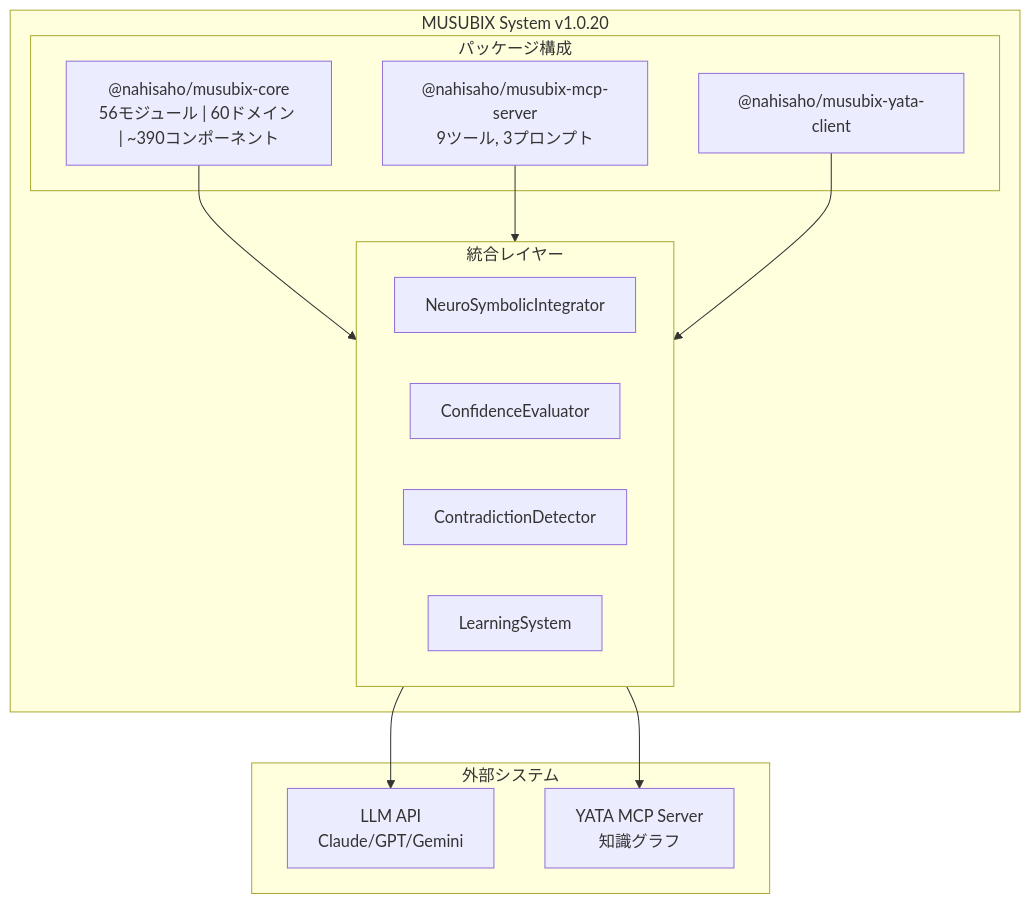
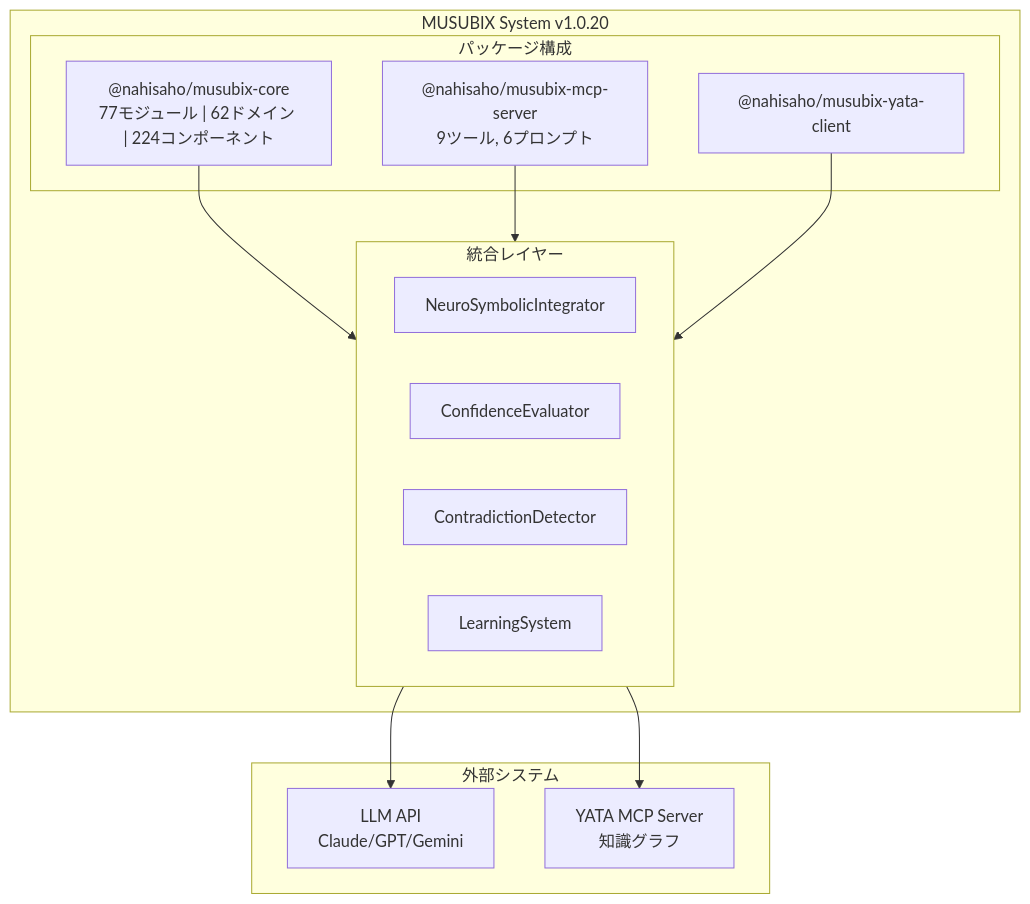
The ninth of 21 diagrams in docs/evolution-from-musubi-to-musubix.md (Takashi-So/MUSUBIX), drawn with Mermaid before and after one commit. The commit also changed other lines of this file and 6 other files, not shown here.

````diff
--- a/docs/evolution-from-musubi-to-musubix.md
+++ b/docs/evolution-from-musubi-to-musubix.md
@@ -278,29 +334,29 @@
 ```mermaid
 flowchart TB
     subgraph MUSUBIX["MUSUBIX System v1.0.20"]
         subgraph Packages["パッケージ構成"]
-            Core["@nahisaho/musubix-core<br/>56モジュール | 60ドメイン | ~390コンポーネント"]
-            MCP["@nahisaho/musubix-mcp-server<br/>9ツール, 3プロンプト"]
+            Core["@nahisaho/musubix-core<br/>77モジュール | 62ドメイン | 224コンポーネント"]
+            MCP["@nahisaho/musubix-mcp-server<br/>9ツール, 6プロンプト"]
             YATA_Client["@nahisaho/musubix-yata-client"]
         end
         
         subgraph Integration["統合レイヤー"]
             NSI["NeuroSymbolicIntegrator"]
             CE["ConfidenceEvaluator"]
             CD["ContradictionDetector"]
             LS["LearningSystem"]
         end
         
         Core --> Integration
         MCP --> Integration
         YATA_Client --> Integration
     end
     
     subgraph External["外部システム"]
         LLM["LLM API<br/>Claude/GPT/Gemini"]
         YATA_Server["YATA MCP Server<br/>知識グラフ"]
     end
     
     Integration --> LLM
     Integration --> YATA_Server
 ```
````
